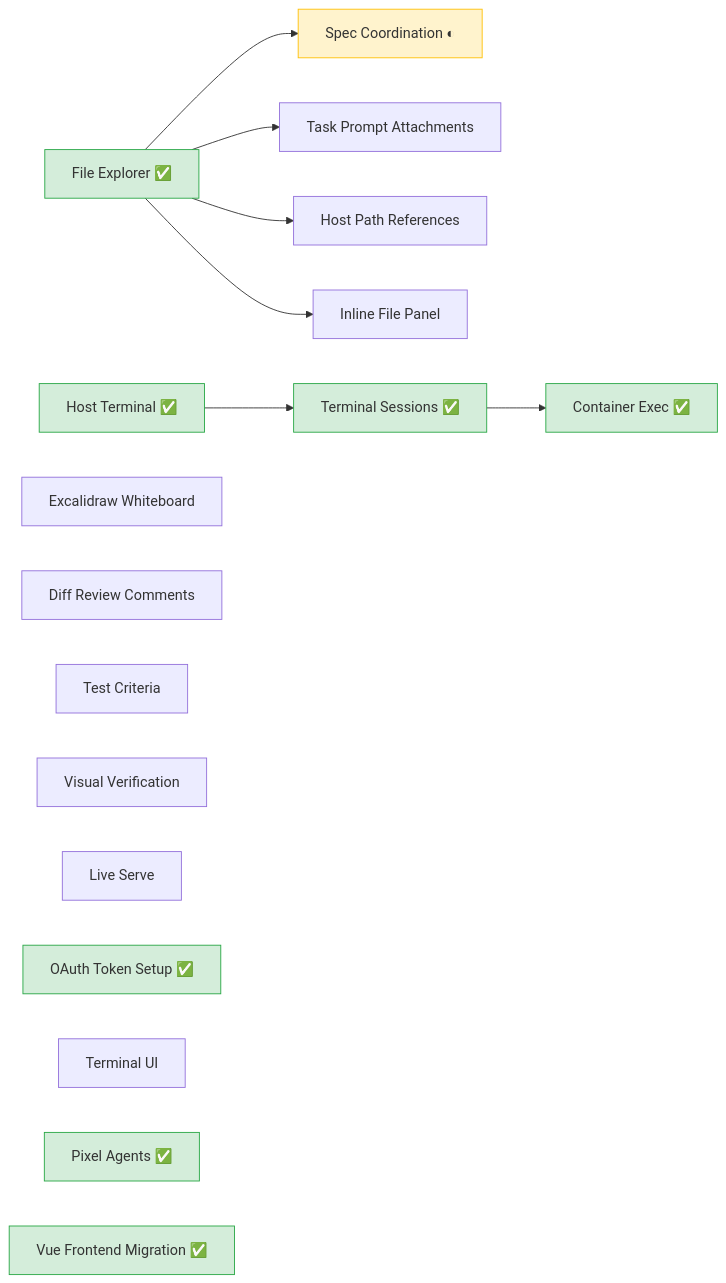
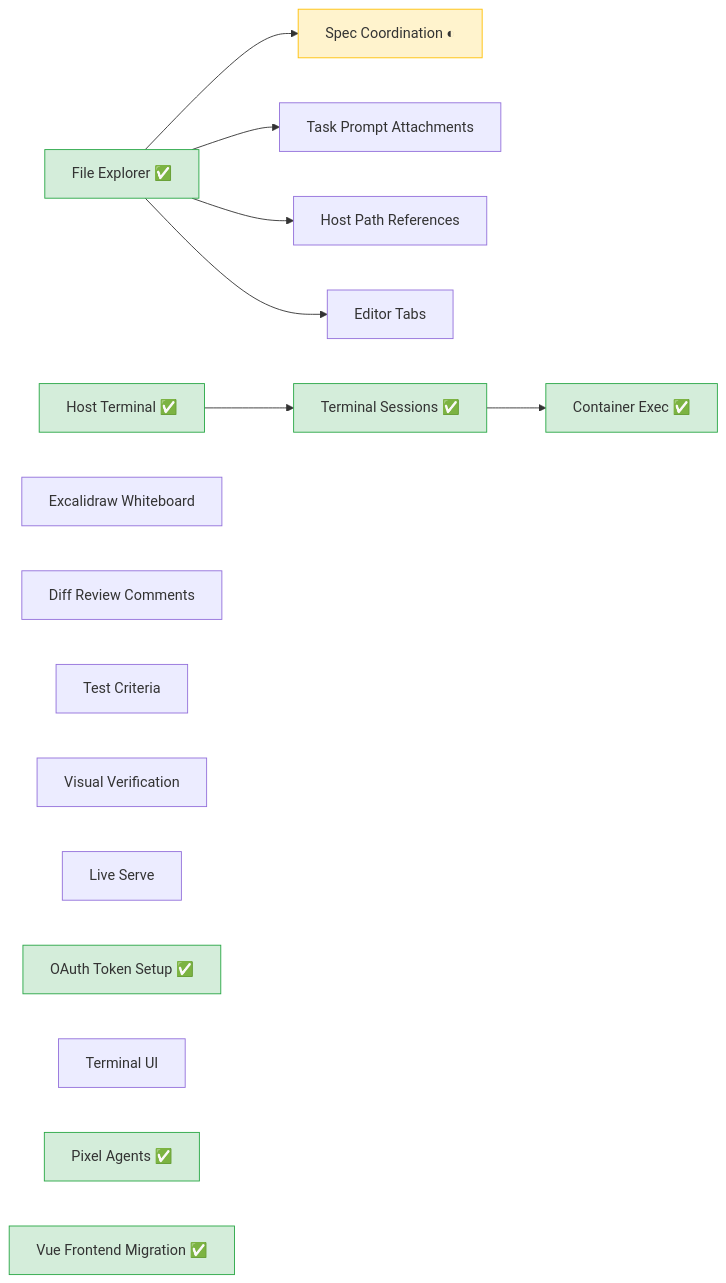
Before and after one commit to changkun/wallfacer: the second of 4 diagrams in specs/README.md, drawn with Mermaid. The commit also changed other lines of this file and 1 other file, not shown here.

Commit message:
docs(board): document editor tabs replacing the file-preview modal

````diff
--- a/specs/README.md
+++ b/specs/README.md
@@ -148,27 +148,27 @@
 ```mermaid
 graph LR
   FE[File Explorer ✅] --> SC[Spec Coordination ◐]
   FE --> TPA[Task Prompt Attachments]
   FE --> HPR[Host Path References]
-  FE --> IFP[Inline File Panel]
+  FE --> IFP[Editor Tabs]
   HT[Host Terminal ✅] --> TS[Terminal Sessions ✅] --> CE[Container Exec ✅]
 
   EW[Excalidraw Whiteboard]
   DRC[Diff Review Comments]
   TC[Test Criteria]
   VV[Visual Verification]
   LS[Live Serve]
   OTS[OAuth Token Setup ✅]
   TUI[Terminal UI]
   PA[Pixel Agents ✅]
   VFM[Vue Frontend Migration ✅]
 
   style FE fill:#d4edda,stroke:#28a745
   style HT fill:#d4edda,stroke:#28a745
   style TS fill:#d4edda,stroke:#28a745
   style CE fill:#d4edda,stroke:#28a745
   style OTS fill:#d4edda,stroke:#28a745
   style PA fill:#d4edda,stroke:#28a745
   style VFM fill:#d4edda,stroke:#28a745
   style SC fill:#fff3cd,stroke:#ffc107
 ```
````
